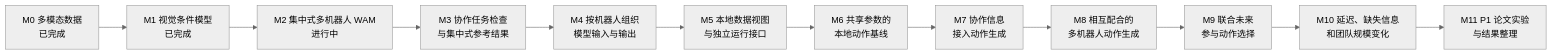
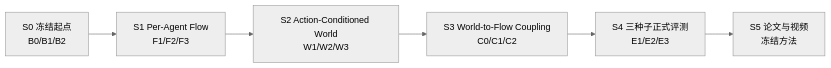
One commit to Jeong-zju/before-we-act changed the diagram in docs/plans/20260725_P1_MULTI_ROBOT_MODEL_ARCHITECTURE_ACTION_GENERATION_ROADMAP_V2.0_ZH.md. Above: the diagram before and after it, drawn with Mermaid (neutral theme). The commit also changed other lines of this file and 10 other files, not shown here.

Commit message:
refactor: drop active-agent weighting and revise WAM roadmap

````diff
--- a/docs/plans/20260725_P1_MULTI_ROBOT_MODEL_ARCHITECTURE_ACTION_GENERATION_ROADMAP_V2.0_ZH.md
+++ b/docs/plans/20260725_P1_MULTI_ROBOT_MODEL_ARCHITECTURE_ACTION_GENERATION_ROADMAP_V2.0_ZH.md
@@ -83,17 +141,11 @@
 ```mermaid
 flowchart LR
-    M0["M0 多模态数据<br/>已完成"]
-    M1["M1 视觉条件模型<br/>已完成"]
-    M2["M2 集中式多机器人 WAM<br/>进行中"]
-    M3["M3 协作任务检查<br/>与集中式参考结果"]
-    M4["M4 按机器人组织<br/>模型输入与输出"]
-    M5["M5 本地数据视图<br/>与独立运行接口"]
-    M6["M6 共享参数的<br/>本地动作基线"]
-    M7["M7 协作信息<br/>接入动作生成"]
-    M8["M8 相互配合的<br/>多机器人动作生成"]
-    M9["M9 联合未来<br/>参与动作选择"]
-    M10["M10 延迟、缺失信息<br/>和团队规模变化"]
-    M11["M11 P1 论文实验<br/>与结果整理"]
+    S0["S0 冻结起点<br/>B0/B1/B2"]
+    S1["S1 Per-Agent Flow<br/>F1/F2/F3"]
+    S2["S2 Action-Conditioned World<br/>W1/W2/W3"]
+    S3["S3 World-to-Flow Coupling<br/>C0/C1/C2"]
+    S4["S4 三种子正式评测<br/>E1/E2/E3"]
+    S5["S5 论文与视频<br/>冻结方法"]
 
-    M0 --> M1 --> M2 --> M3 --> M4 --> M5 --> M6 --> M7 --> M8 --> M9 --> M10 --> M11
+    S0 --> S1 --> S2 --> S3 --> S4 --> S5
 ```
````
